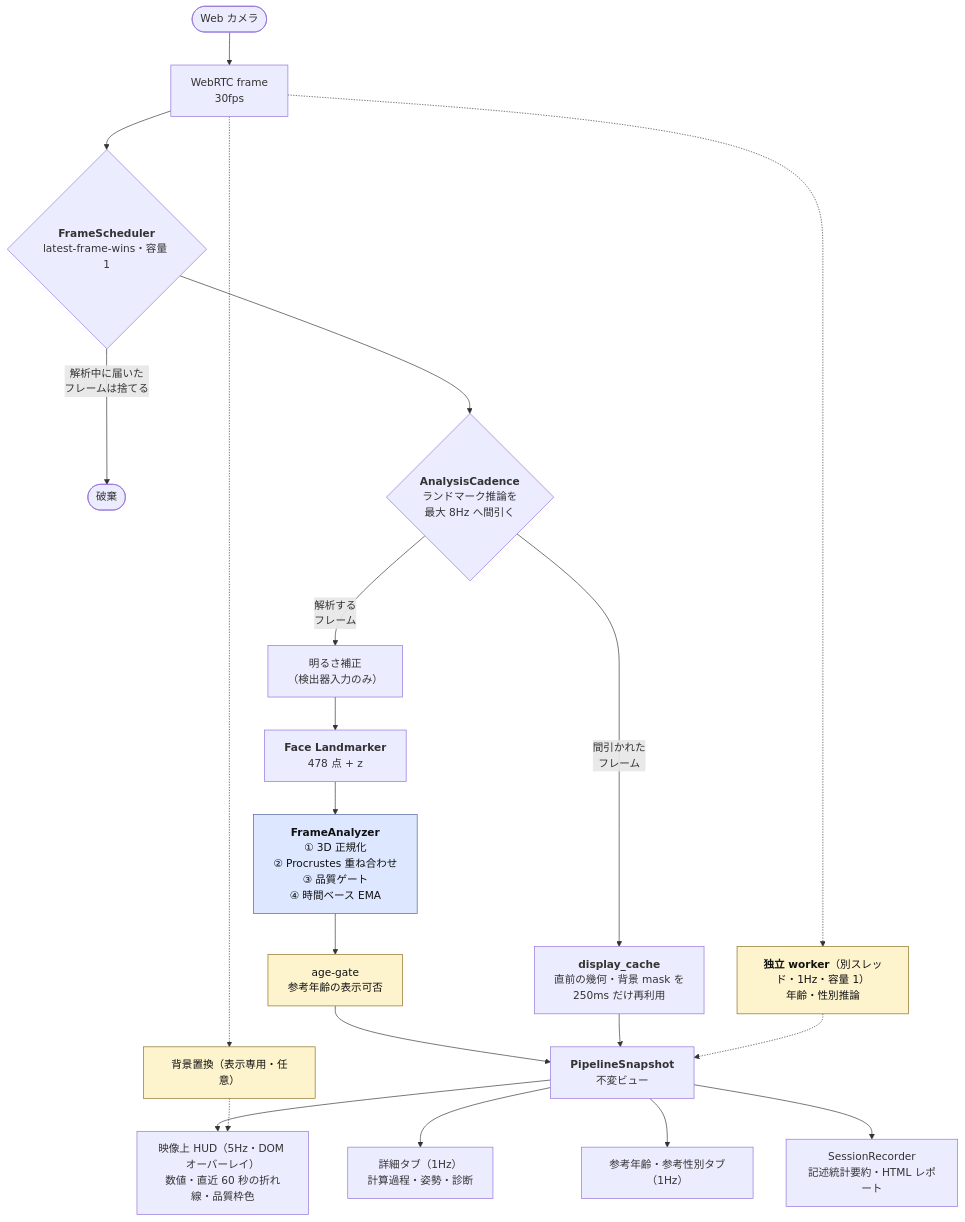
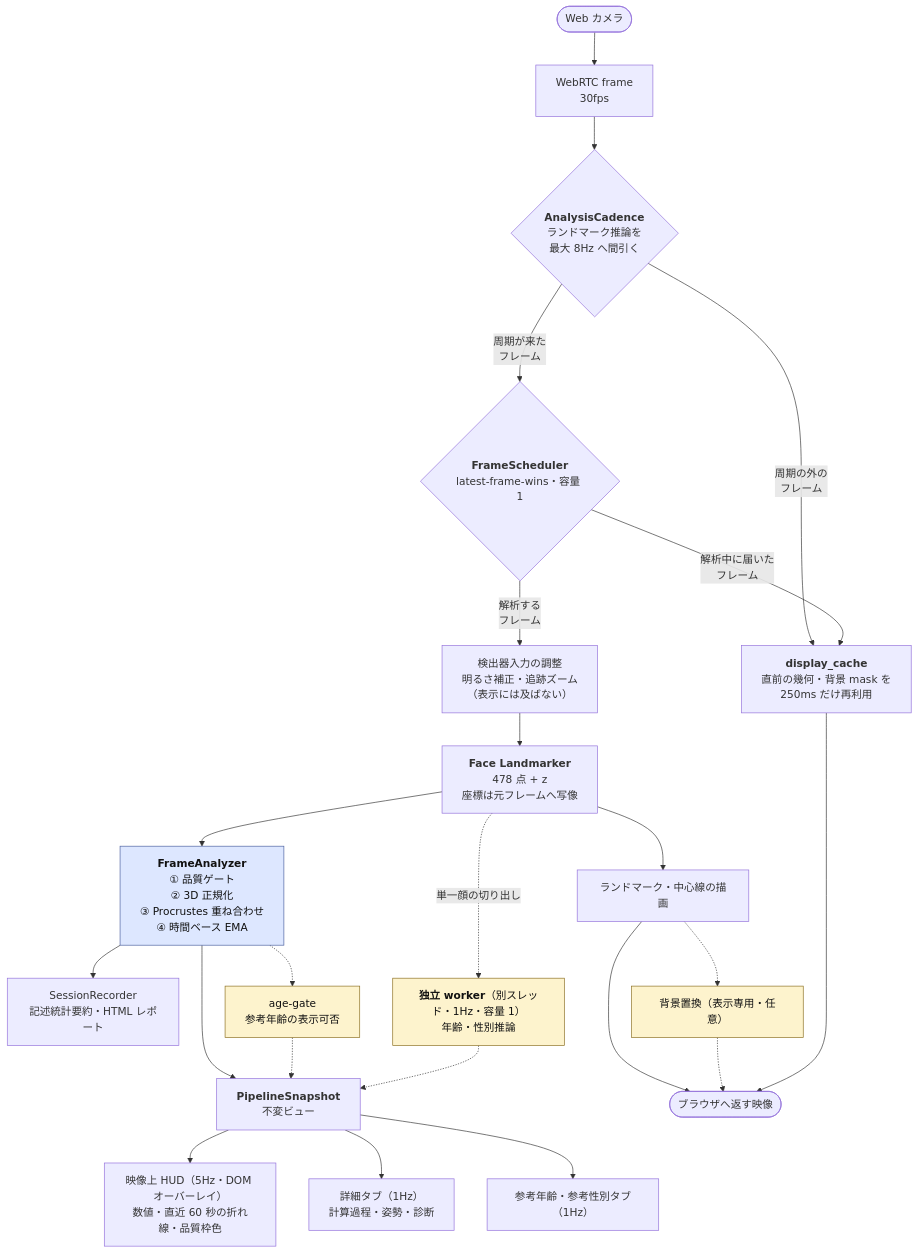
The second of 2 diagrams in README.md (m5291091/fece-symmetry-lab), drawn with Mermaid before and after one commit. The commit also changed other lines of this file and 1 other file, not shown here.

Commit message:
docs: READMEの処理フローとProcrustes閉形式を実装に合わせて訂正

````diff
--- a/README.md
+++ b/README.md
@@ -97,29 +97,33 @@
 ```mermaid
 flowchart TD
     CAM([Web カメラ]) --> WEBRTC["WebRTC frame<br/>30fps"]
-    WEBRTC --> SCHED{"<b>FrameScheduler</b><br/>latest-frame-wins・容量 1"}
-    SCHED -->|"解析中に届いた<br/>フレームは捨てる"| DROP(["破棄"])
-    SCHED --> CAD{"<b>AnalysisCadence</b><br/>ランドマーク推論を<br/>最大 8Hz へ間引く"}
-    CAD -->|"間引かれた<br/>フレーム"| CACHE["<b>display_cache</b><br/>直前の幾何・背景 mask を<br/>250ms だけ再利用"]
-    CAD -->|"解析する<br/>フレーム"| BRIGHT["明るさ補正<br/>（検出器入力のみ）"]
-    BRIGHT --> LMK["<b>Face Landmarker</b><br/>478 点 + z"]
-    LMK --> ANA["<b>FrameAnalyzer</b><br/>① 3D 正規化<br/>② Procrustes 重ね合わせ<br/>③ 品質ゲート<br/>④ 時間ベース EMA"]
-    ANA --> GATE["age-gate<br/>参考年齢の表示可否"]
-    GATE --> SNAP["<b>PipelineSnapshot</b><br/>不変ビュー"]
-    CACHE --> SNAP
+    WEBRTC --> CAD{"<b>AnalysisCadence</b><br/>ランドマーク推論を<br/>最大 8Hz へ間引く"}
+    CAD -->|"周期の外の<br/>フレーム"| CACHE["<b>display_cache</b><br/>直前の幾何・背景 mask を<br/>250ms だけ再利用"]
+    CAD -->|"周期が来た<br/>フレーム"| SCHED{"<b>FrameScheduler</b><br/>latest-frame-wins・容量 1"}
+    SCHED -->|"解析中に届いた<br/>フレーム"| CACHE
+    SCHED -->|"解析する<br/>フレーム"| DET["検出器入力の調整<br/>明るさ補正・追跡ズーム<br/>（表示には及ばない）"]
+    DET --> LMK["<b>Face Landmarker</b><br/>478 点 + z<br/>座標は元フレームへ写像"]
+
+    LMK --> ANA["<b>FrameAnalyzer</b><br/>① 品質ゲート<br/>② 3D 正規化<br/>③ Procrustes 重ね合わせ<br/>④ 時間ベース EMA"]
+    ANA --> SNAP["<b>PipelineSnapshot</b><br/>不変ビュー"]
+    ANA --> REC["SessionRecorder<br/>記述統計要約・HTML レポート"]
+    ANA -.-> GATE["age-gate<br/>参考年齢の表示可否"]
+    GATE -.-> SNAP
+    LMK -.->|"単一顔の切り出し"| WORKER["<b>独立 worker</b>（別スレッド・1Hz・容量 1）<br/>年齢・性別推論"]
+    WORKER -.-> SNAP
+
+    LMK --> PAINT["ランドマーク・中心線の描画"]
+    PAINT --> VIDEO(["ブラウザへ返す映像"])
+    PAINT -.-> BG["背景置換（表示専用・任意）"]
+    BG -.-> VIDEO
+    CACHE --> VIDEO
 
     SNAP --> HUD["映像上 HUD（5Hz・DOM オーバーレイ）<br/>数値・直近 60 秒の折れ線・品質枠色"]
     SNAP --> TAB1["詳細タブ（1Hz）<br/>計算過程・姿勢・診断"]
     SNAP --> TAB2["参考年齢・参考性別タブ（1Hz）"]
-    SNAP --> REC["SessionRecorder<br/>記述統計要約・HTML レポート"]
-
-    WEBRTC -.-> WORKER["<b>独立 worker</b>（別スレッド・1Hz・容量 1）<br/>年齢・性別推論"]
-    WORKER -.-> SNAP
-    WEBRTC -.-> BG["背景置換（表示専用・任意）"]
-    BG -.-> HUD
 
     style ANA fill:#dde7ff,stroke:#4a5f9e,color:#111
     style WORKER fill:#fdf3cd,stroke:#8a6d1f,color:#111
     style BG fill:#fdf3cd,stroke:#8a6d1f,color:#111
     style GATE fill:#fdf3cd,stroke:#8a6d1f,color:#111
 ```
````
